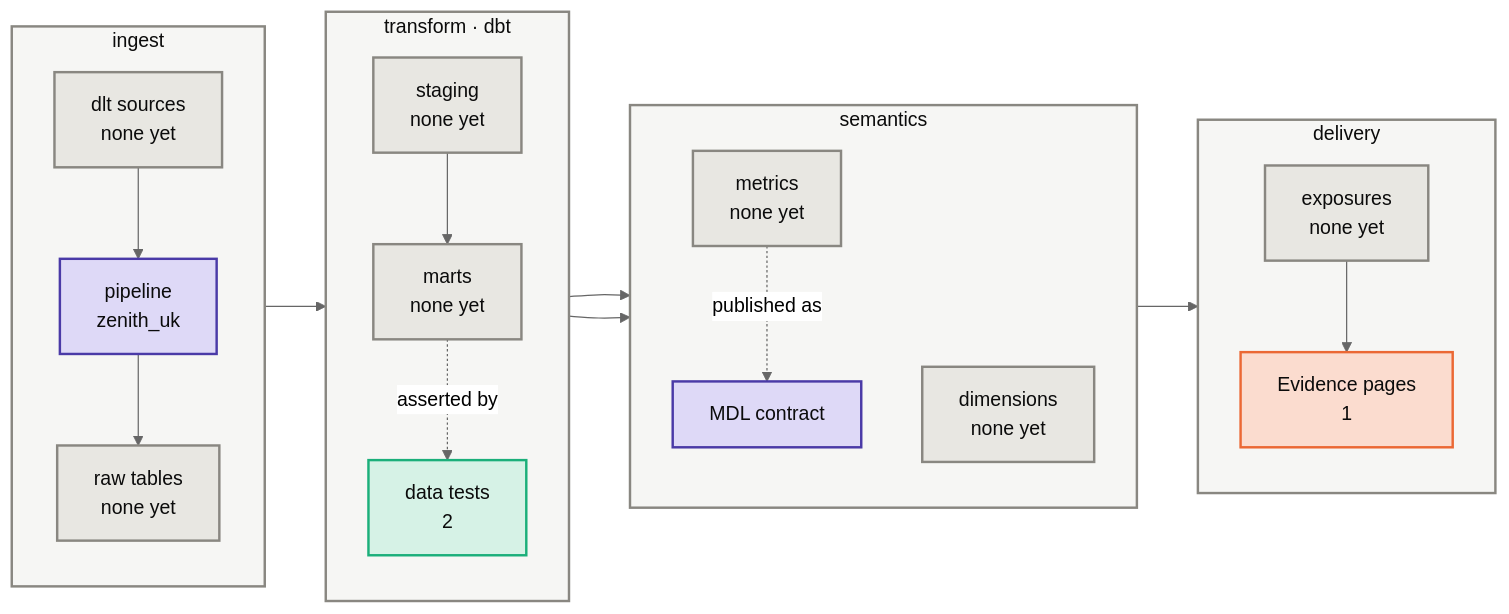
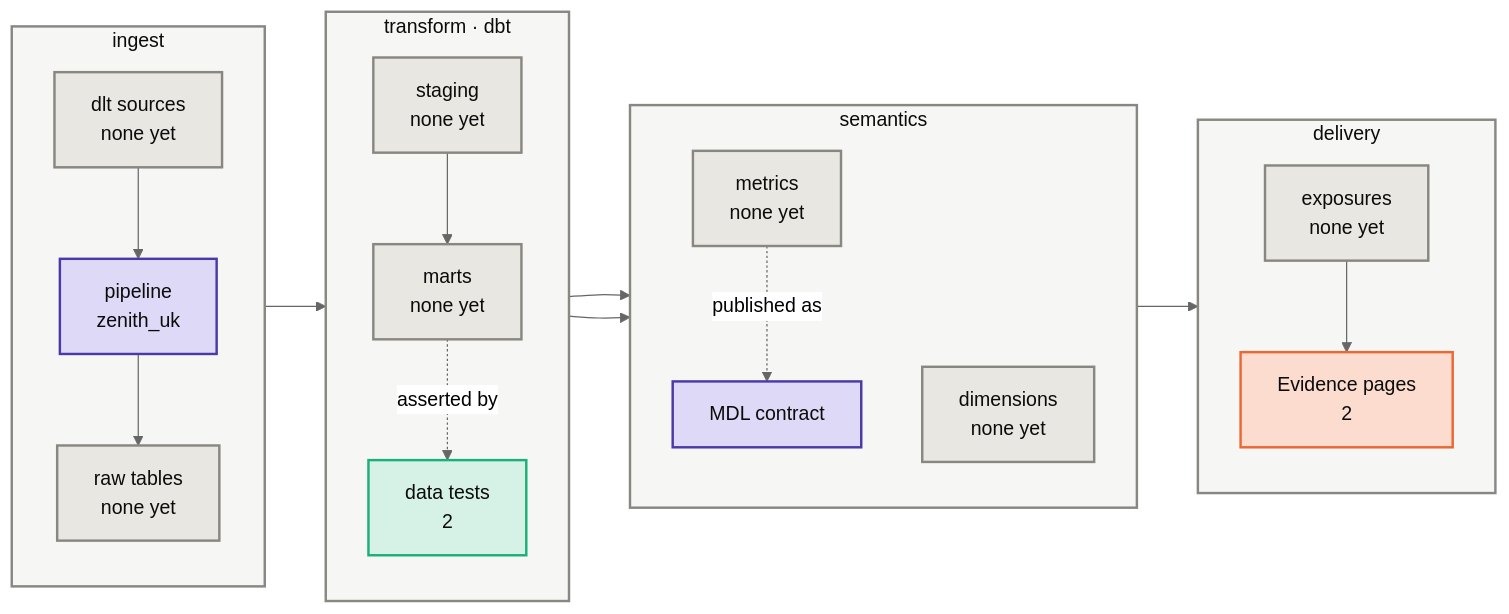
Before and after one commit to Atomz-org/data-platform: the first of 3 diagrams in groups/zenith/projects/zenith-uk/kg/architecture.md, drawn with Mermaid (neutral theme). The commit also changed other lines of this file and 4 other files, not shown here.

````diff
--- a/groups/zenith/projects/zenith-uk/kg/architecture.md
+++ b/groups/zenith/projects/zenith-uk/kg/architecture.md
@@ -10,41 +10,41 @@
 ```mermaid
 flowchart LR
     subgraph LI["ingest"]
         direction TB
         I1["dlt sources<br/>none yet"]:::neutral
         I2["pipeline<br/>zenith_uk"]:::platform
         I3["raw tables<br/>none yet"]:::neutral
     end
     subgraph LT["transform · dbt"]
         direction TB
         T1["staging<br/>none yet"]:::neutral
         T2["marts<br/>none yet"]:::neutral
         T3["data tests<br/>2"]:::model
     end
     subgraph LS["semantics"]
         direction TB
         S1["metrics<br/>none yet"]:::neutral
         S2["dimensions<br/>none yet"]:::neutral
         S3["MDL contract"]:::platform
     end
     subgraph LD["delivery"]
         direction TB
         D1["exposures<br/>none yet"]:::neutral
-        D2["Evidence pages<br/>1"]:::exposure
+        D2["Evidence pages<br/>2"]:::exposure
     end
     I1 --> I2 --> I3 --> T1 --> T2
     T2 --> S1 --> D1 --> D2
     T2 --> S2
     S1 -.published as.-> S3
     T2 -.asserted by.-> T3
     classDef ingress fill:#cde2fb,stroke:#2a78d6,stroke-width:2px,color:#0b0b0b
     classDef platform fill:#ded9f7,stroke:#4a3aa7,stroke-width:2px,color:#0b0b0b
     classDef raw fill:#fbe8bd,stroke:#eda100,stroke-width:2px,color:#0b0b0b
     classDef model fill:#d6f2e6,stroke:#1baf7a,stroke-width:2px,color:#0b0b0b
     classDef metric fill:#fadfe8,stroke:#e87ba4,stroke-width:2px,color:#0b0b0b
     classDef exposure fill:#fbdccf,stroke:#eb6834,stroke-width:2px,color:#0b0b0b
     classDef neutral fill:#e8e7e2,stroke:#898781,stroke-width:2px,color:#0b0b0b
     classDef project fill:#e3eefc,stroke:#2a78d6,stroke-width:2px,color:#0b0b0b
     classDef lane fill:#f6f6f4,stroke:#898781,stroke-width:2px,color:#0b0b0b
     class LI,LT,LS,LD lane
 ```
````
